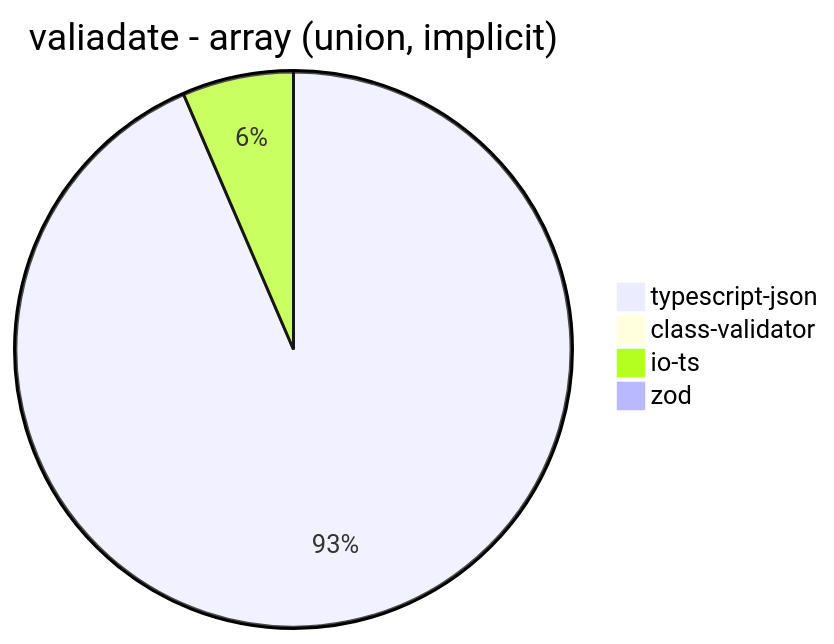
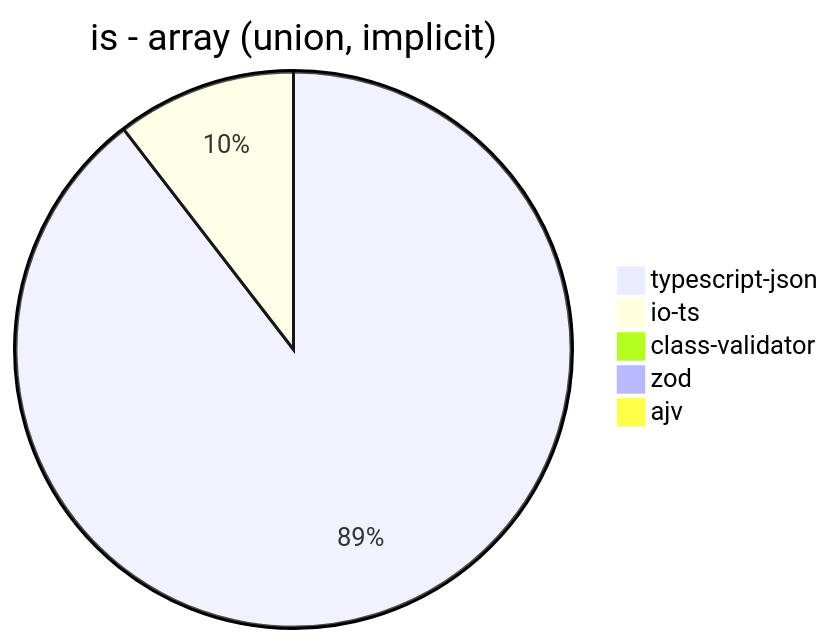
Before and after one commit to samchon/typia: the seventh of 32 diagrams in benchmark/results/AMD Ryzen 7 5800H with Radeon Graphics.md, drawn with Mermaid. The commit also changed other lines of this file and 14 other files, not shown here.

Commit message:
Close #243 and Fix #244 - enhance json schema

````diff
--- a/benchmark/results/AMD Ryzen 7 5800H with Radeon Graphics.md
+++ b/benchmark/results/AMD Ryzen 7 5800H with Radeon Graphics.md
@@ -75,7 +81,8 @@
 ```mermaid
-pie title valiadate - array (union, implicit)
-  "typescript-json": 1603.419746276889
+pie title is - array (union, implicit)
+  "typescript-json": 3832.5402635431915
+  "io-ts": 447.4902759770328
   "class-validator": 0
-  "io-ts": 111.00763643136526
-  "zod": 3.597122302158273
+  "zod": 3.5801771245524776
+  "ajv": 0
 ```
````
